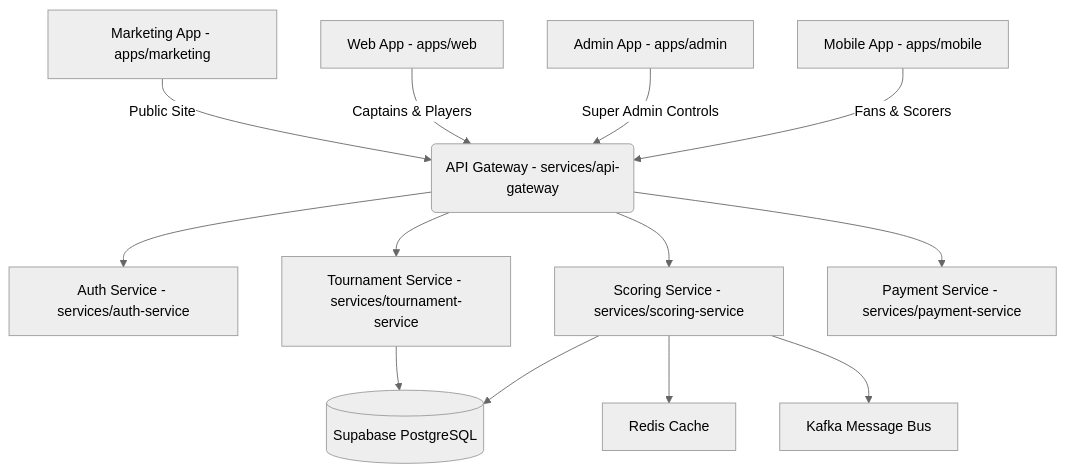
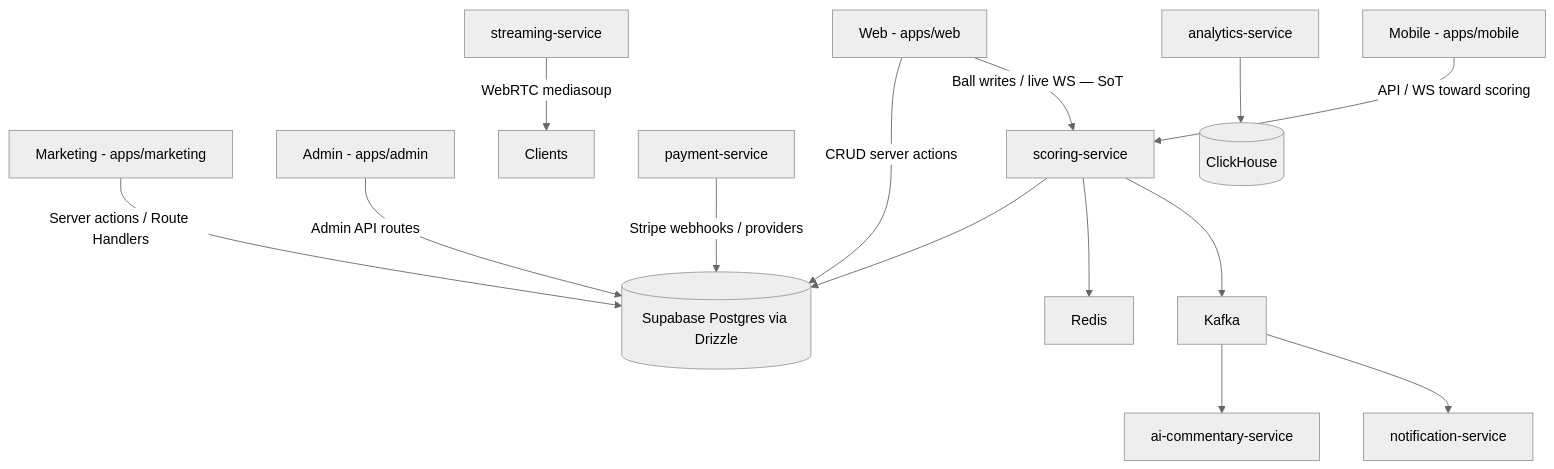
One commit to Kaashmalik/mtk-ssl2026 changed the diagram in docs/PROJECT_GUIDE.md. Above: the diagram before and after it, drawn with Mermaid (neutral theme). The commit also changed other lines of this file and 11 other files, not shown here.

First line of the commit message:
docs: reconcile architecture truth with hybrid backend and shipping status

````diff
--- a/docs/PROJECT_GUIDE.md
+++ b/docs/PROJECT_GUIDE.md
@@ -23,17 +30,16 @@
 ```mermaid
 graph TD
-    A[Marketing App - apps/marketing] -->|Public Site| E(API Gateway - services/api-gateway)
-    B[Web App - apps/web] -->|Captains & Players| E
-    C[Admin App - apps/admin] -->|Super Admin Controls| E
-    D[Mobile App - apps/mobile] -->|Fans & Scorers| E
-    
-    E --> F[Auth Service - services/auth-service]
-    E --> G[Tournament Service - services/tournament-service]
-    E --> H[Scoring Service - services/scoring-service]
-    E --> I[Payment Service - services/payment-service]
-    
-    G --> J[(Supabase PostgreSQL)]
-    H --> J
-    H --> K[Redis Cache]
-    H --> L[Kafka Message Bus]
+    A[Marketing - apps/marketing] -->|Server actions / Route Handlers| DB[(Supabase Postgres via Drizzle)]
+    B[Web - apps/web] -->|CRUD server actions| DB
+    C[Admin - apps/admin] -->|Admin API routes| DB
+    B -->|Ball writes / live WS — SoT| H[scoring-service]
+    D[Mobile - apps/mobile] -->|API / WS toward scoring| H
+    H --> DB
+    H --> K[Redis]
+    H --> L[Kafka]
+    L --> AI[ai-commentary-service]
+    L --> N[notification-service]
+    P[payment-service] -->|Stripe webhooks / providers| DB
+    S[streaming-service] -->|WebRTC mediasoup| Clients
+    AN[analytics-service] --> CH[(ClickHouse)]
 ```
````
